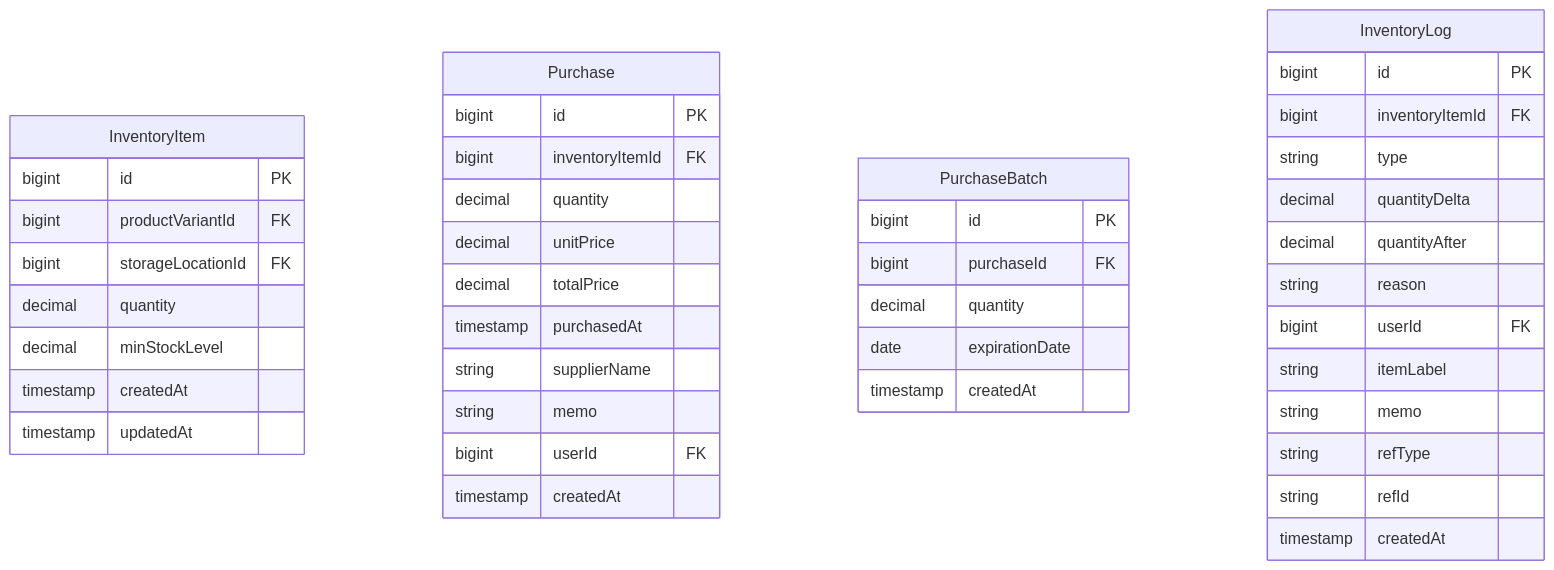
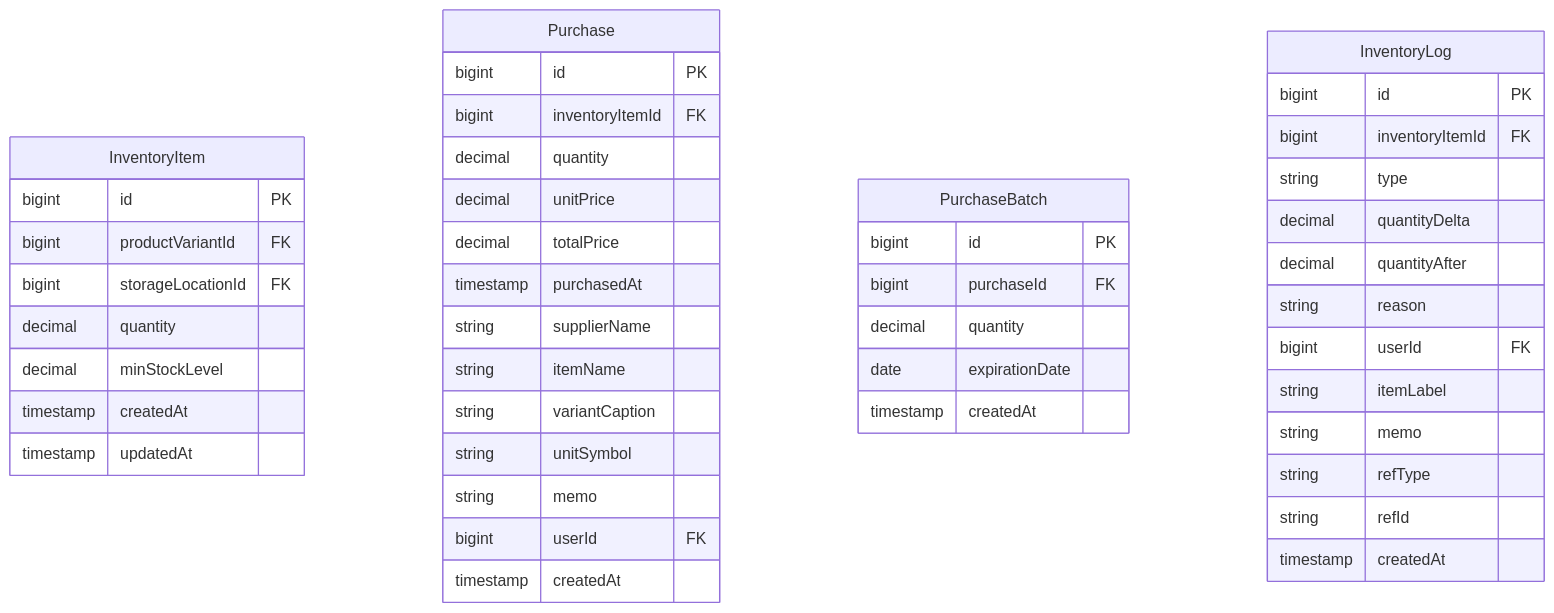
Before and after one commit to wukdddang/home-inventory-manager: the fifth of 7 diagrams in docs/v2/entity-logical-design.md, drawn with Mermaid. The commit also changed other lines of this file and 4 other files, not shown here.

````diff
--- a/docs/v2/entity-logical-design.md
+++ b/docs/v2/entity-logical-design.md
@@ -197,45 +197,48 @@
 ```mermaid
 erDiagram
     InventoryItem {
         bigint id PK
         bigint productVariantId FK
         bigint storageLocationId FK
         decimal quantity
         decimal minStockLevel
         timestamp createdAt
         timestamp updatedAt
     }
     Purchase {
         bigint id PK
         bigint inventoryItemId FK
         decimal quantity
         decimal unitPrice
         decimal totalPrice
         timestamp purchasedAt
         string supplierName
+        string itemName
+        string variantCaption
+        string unitSymbol
         string memo
         bigint userId FK
         timestamp createdAt
     }
     PurchaseBatch {
         bigint id PK
         bigint purchaseId FK
         decimal quantity
         date expirationDate
         timestamp createdAt
     }
     InventoryLog {
         bigint id PK
         bigint inventoryItemId FK
         string type
         decimal quantityDelta
         decimal quantityAfter
         string reason
         bigint userId FK
         string itemLabel
         string memo
         string refType
         string refId
         timestamp createdAt
     }
 ```
````
